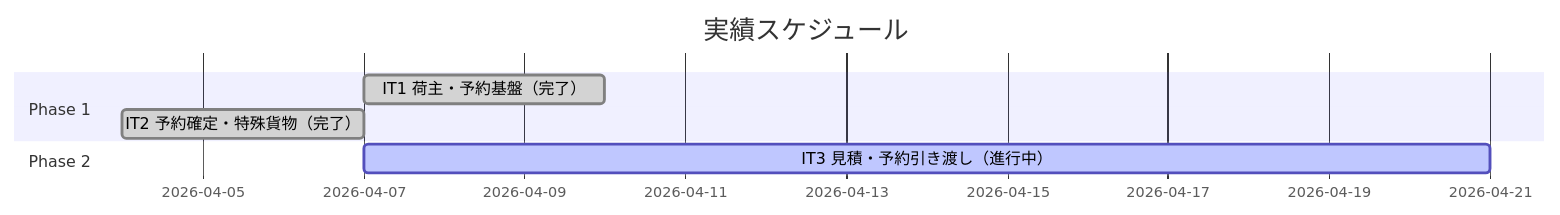
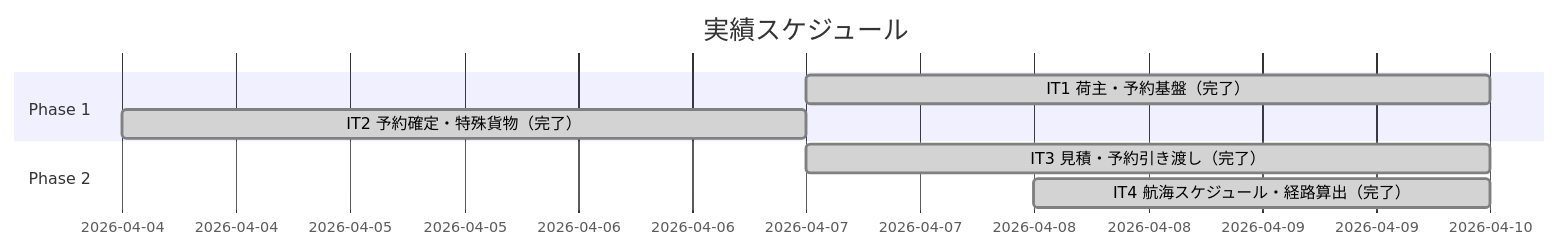
The second of 3 diagrams in docs/development/release_plan.md (k2works/case-study-cargo-tracker), drawn with Mermaid before and after one commit. The commit also changed other lines of this file and 2 other files, not shown here.

````diff
--- a/docs/development/release_plan.md
+++ b/docs/development/release_plan.md
@@ -152,10 +152,11 @@
 ```mermaid
 gantt
     title 実績スケジュール
     dateFormat  YYYY-MM-DD
     section Phase 1
     IT1 荷主・予約基盤（完了）         :done, a1, 2026-04-07, 3d
     IT2 予約確定・特殊貨物（完了）     :done, a2, 2026-04-04, 3d
     section Phase 2
-    IT3 見積・予約引き渡し（進行中）   :active, a3, 2026-04-07, 14d
+    IT3 見積・予約引き渡し（完了）     :done, a3, 2026-04-07, 3d
+    IT4 航海スケジュール・経路算出（完了） :done, a4, 2026-04-08, 2d
 ```
````
